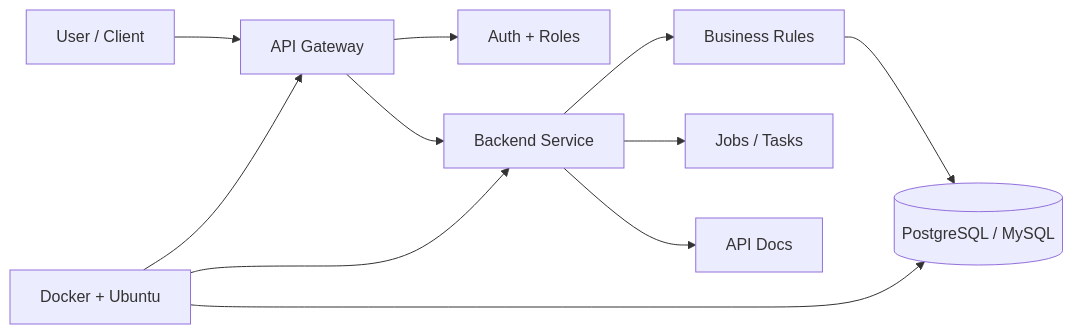
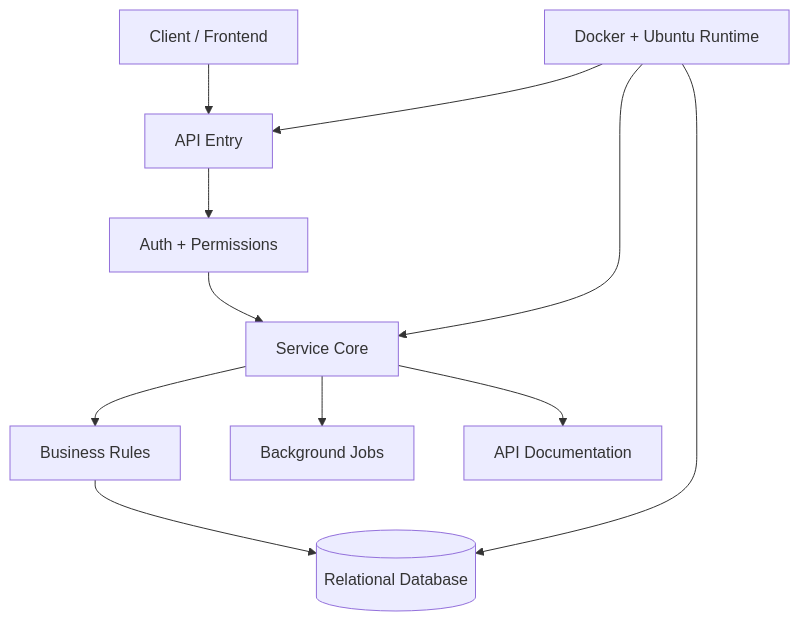
The diagram in README.md (chhembunheng/chhembunheng), drawn with Mermaid before and after one commit. The commit also changed other lines of this file, not shown here.

````diff
--- a/README.md
+++ b/README.md
@@ -95,13 +106,13 @@
 ```mermaid
-flowchart LR
-    User["User / Client"] --> Gateway["API Gateway"]
-    Gateway --> Auth["Auth + Roles"]
-    Gateway --> Service["Backend Service"]
-    Service --> Rules["Business Rules"]
-    Rules --> DB[("PostgreSQL / MySQL")]
-    Service --> Queue["Jobs / Tasks"]
-    Service --> Docs["API Docs"]
-    Runtime["Docker + Ubuntu"] --> Gateway
-    Runtime --> Service
-    Runtime --> DB
+flowchart TB
+    Client["Client / Frontend"] --> Edge["API Entry"]
+    Edge --> Guard["Auth + Permissions"]
+    Guard --> Core["Service Core"]
+    Core --> Domain["Business Rules"]
+    Domain --> Store[("Relational Database")]
+    Core --> Jobs["Background Jobs"]
+    Core --> Docs["API Documentation"]
+    Ops["Docker + Ubuntu Runtime"] --> Edge
+    Ops --> Core
+    Ops --> Store
 ```
````
